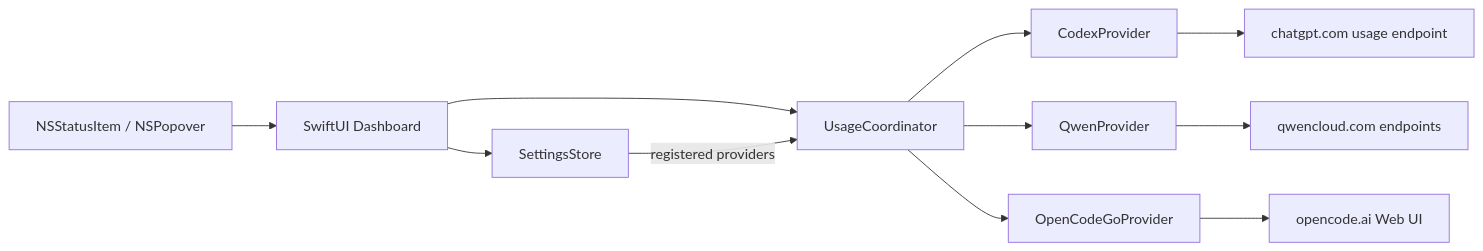
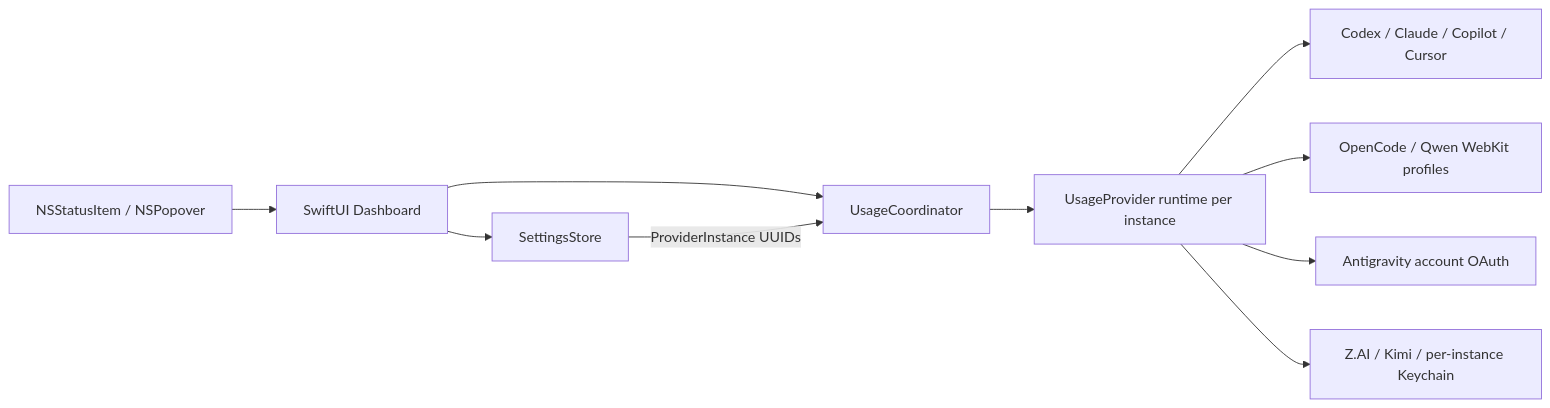
Before and after one commit to PeachGumi/AIUsage: the diagram in README.md, drawn with Mermaid. The commit also changed other lines of this file, not shown here.

Commit message:
Document multi-account provider model

````diff
--- a/README.md
+++ b/README.md
@@ -234,13 +295,12 @@
 ```mermaid
 flowchart LR
     Status[NSStatusItem / NSPopover] --> Dashboard[SwiftUI Dashboard]
     Dashboard --> Settings[SettingsStore]
     Dashboard --> Coordinator[UsageCoordinator]
-    Settings -->|registered providers| Coordinator
-    Coordinator --> Codex[CodexProvider]
-    Coordinator --> Qwen[QwenProvider]
-    Coordinator --> OpenCode[OpenCodeGoProvider]
-    Codex --> ChatGPT[chatgpt.com usage endpoint]
-    Qwen --> QwenCloud[qwencloud.com endpoints]
-    OpenCode --> OpenCodeWeb[opencode.ai Web UI]
+    Settings -->|ProviderInstance UUIDs| Coordinator
+    Coordinator --> Runtime[UsageProvider runtime per instance]
+    Runtime --> Codex[Codex / Claude / Copilot / Cursor]
+    Runtime --> Web[OpenCode / Qwen WebKit profiles]
+    Runtime --> AG[Antigravity account OAuth]
+    Runtime --> Keys[Z.AI / Kimi / per-instance Keychain]
 ```
````
